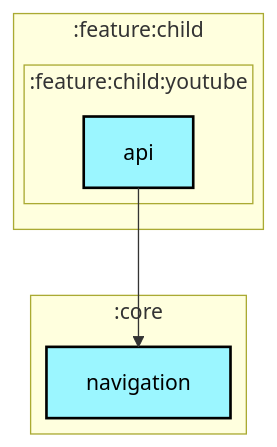
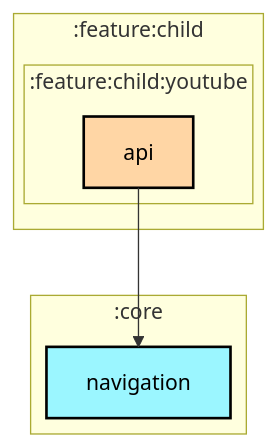
One commit to jadavchirag/jadavchirag changed the first of 2 diagrams in architecture/ParentalControlApps/feature/child/youtube/api/README.md. Above: the diagram before and after it, drawn with Mermaid. The commit also changed 26 other files, not shown here.

Commit message:
fixed feature module colors in graphs

````diff
--- a/architecture/ParentalControlApps/feature/child/youtube/api/README.md
+++ b/architecture/ParentalControlApps/feature/child/youtube/api/README.md
@@ -6,29 +6,29 @@
 ```mermaid
 ---
 config:
   layout: elk
   elk:
     nodePlacementStrategy: SIMPLE
 ---
 graph TB
   subgraph :feature:child
     direction TB
     subgraph :feature:child:youtube
       direction TB
-      :feature:child:youtube:api[api]:::android-library
+      :feature:child:youtube:api[api]:::android-feature
     end
   end
   subgraph :core
     direction TB
     :core:navigation[navigation]:::android-library
   end
 
   :feature:child:youtube:api --> :core:navigation
 
 classDef android-application fill:#CAFFBF,stroke:#000,stroke-width:2px,color:#000;
 classDef android-feature fill:#FFD6A5,stroke:#000,stroke-width:2px,color:#000;
 classDef android-library fill:#9BF6FF,stroke:#000,stroke-width:2px,color:#000;
 classDef android-test fill:#A0C4FF,stroke:#000,stroke-width:2px,color:#000;
 classDef jvm-library fill:#BDB2FF,stroke:#000,stroke-width:2px,color:#000;
 classDef unknown fill:#FFADAD,stroke:#000,stroke-width:2px,color:#000;
 ```
````
